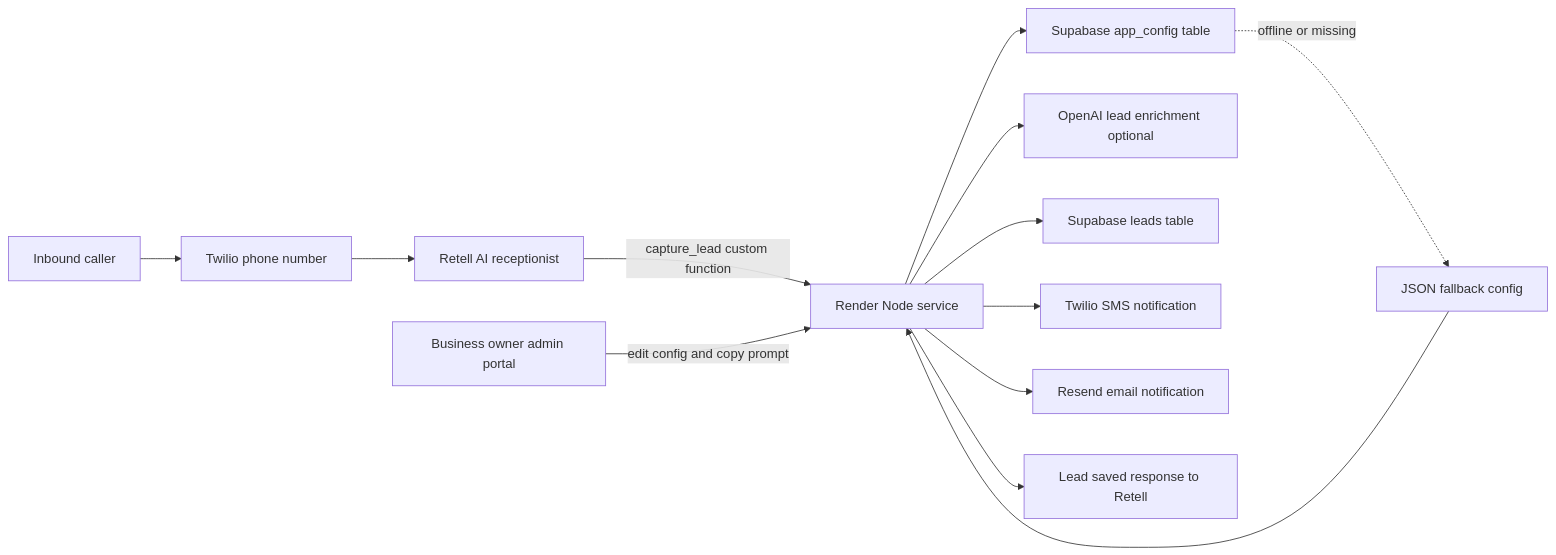
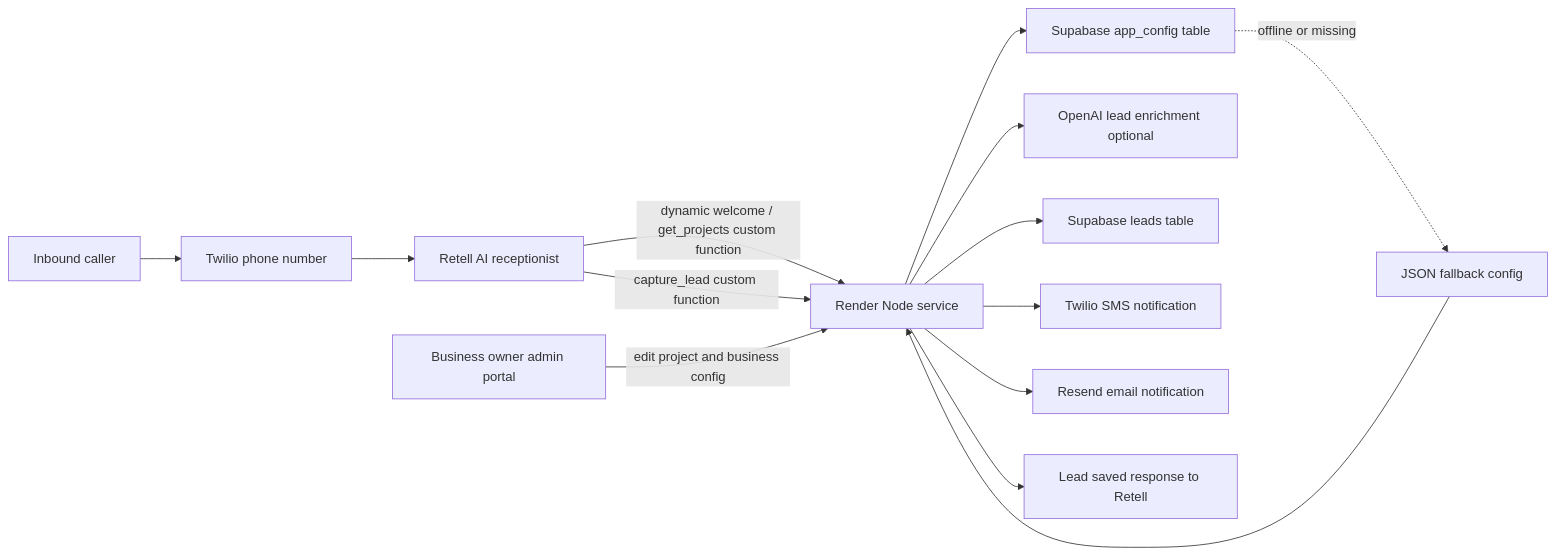
The diagram in README.md (LindaLiu2013/retell-twilio-supabase-realestate-demo), drawn with Mermaid before and after one commit. The commit also changed other lines of this file and 1 other file, not shown here.

Commit message:
Document dynamic project lookup architecture

````diff
--- a/README.md
+++ b/README.md
@@ -9,15 +9,16 @@
 ```mermaid
 flowchart LR
   Caller["Inbound caller"] --> Twilio["Twilio phone number"]
   Twilio --> Retell["Retell AI receptionist"]
+  Retell -->|"dynamic welcome / get_projects custom function"| API["Render Node service"]
   Retell -->|"capture_lead custom function"| API["Render Node service"]
-  Admin["Business owner admin portal"] -->|"edit config and copy prompt"| API
+  Admin["Business owner admin portal"] -->|"edit project and business config"| API
   API --> Config["Supabase app_config table"]
   Config -. "offline or missing" .-> JSON["JSON fallback config"]
   JSON --> API
   API --> OpenAI["OpenAI lead enrichment optional"]
   API --> Supabase["Supabase leads table"]
   API --> SMS["Twilio SMS notification"]
   API --> Email["Resend email notification"]
   API --> RetellResult["Lead saved response to Retell"]
 ```
````
